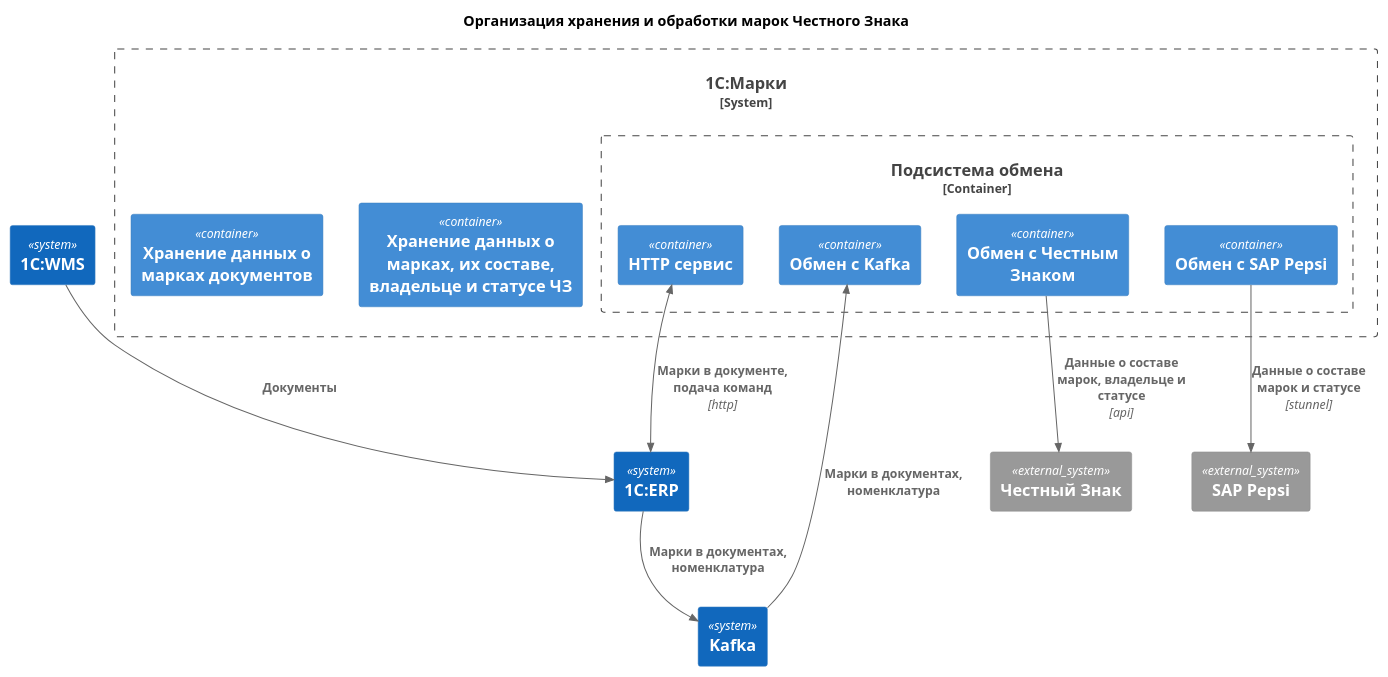
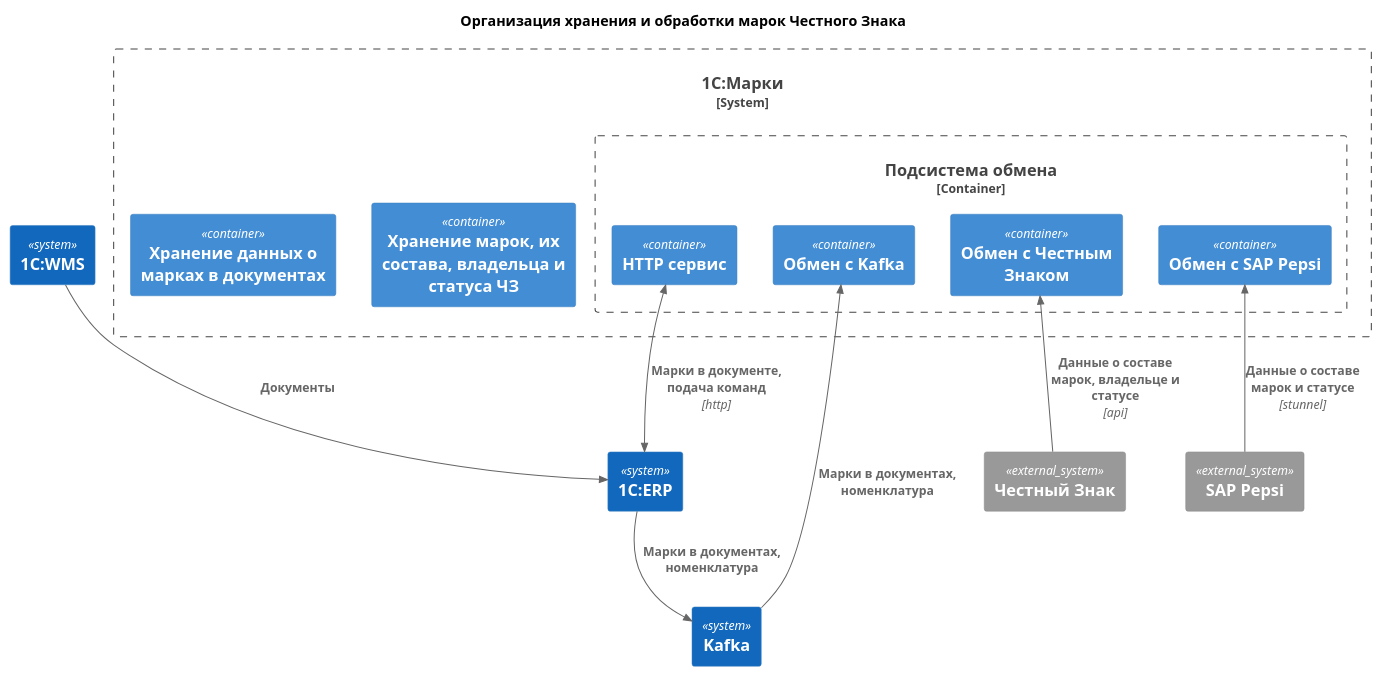
The diagram in doc/C4_Схема.puml (Taynis/projecta2025), drawn with PlantUML before and after one commit. The commit also changed 1 other file, not shown here.

```diff
--- a/doc/C4_Схема.puml
+++ b/doc/C4_Схема.puml
@@ -1,48 +1,48 @@
 @startuml
 !include https://raw.githubusercontent.com/plantuml-stdlib/C4-PlantUML/master/C4_Component.puml
 
 ' LAYOUT_WITH_LEGEND()
 
 title Организация хранения и обработки марок Честного Знака
 
 
 ' Системы
 System_Boundary(Марки, "1C:Марки") {
     Container_Boundary(Обмен, "Подсистема обмена", "") {
         Container(ОбменКафка, "Обмен с Kafka", "")
         Container(ОбменЧЗ, "Обмен с Честным Знаком", "")
         Container(Сервис, "HTTP сервис", "")
         Container(ОбменПепси, "Обмен с SAP Pepsi ", "")
         }
-    Container(Хранение, "Хранение данных о марках, их составе, владельце и статусе ЧЗ", "")
-    Container(ХранениеДок, "Хранение данных о марках документов", "")
+    Container(Хранение, "Хранение марок, их состава, владельца и статуса ЧЗ", "")
+    Container(ХранениеДок, "Хранение данных о марках в документах", "")
 }
 
 
 System(ЕРП, "1С:ERP") {
 }
 
 System(ВМС, "1С:WMS") {
 }
 
 
 System(Кафка, "Kafka"){
 }
 
 
 System_Ext(Пепси, "SAP Pepsi")
 
 System_Ext(ЧЗ, "Честный Знак")
 
 ' Связи
 Rel(ВМС, ЕРП, "Документы")
 Rel(ЕРП, Кафка, "Марки в документах, номенклатура")
 Rel(Кафка, ОбменКафка, "Марки в документах, номенклатура")
 
 BiRel(Сервис, ЕРП, "Марки в документе, подача команд", "http")
-Rel(ОбменПепси, Пепси, "Данные о составе марок и статусе", "stunnel")
+Rel_Back(ОбменПепси, Пепси, "Данные о составе марок и статусе", "stunnel")
 
-Rel(ОбменЧЗ, ЧЗ, "Данные о составе марок, владельце и статусе", "api")
+Rel_Back(ОбменЧЗ, ЧЗ, "Данные о составе марок, владельце и статусе", "api")
 
 
 @enduml
```
